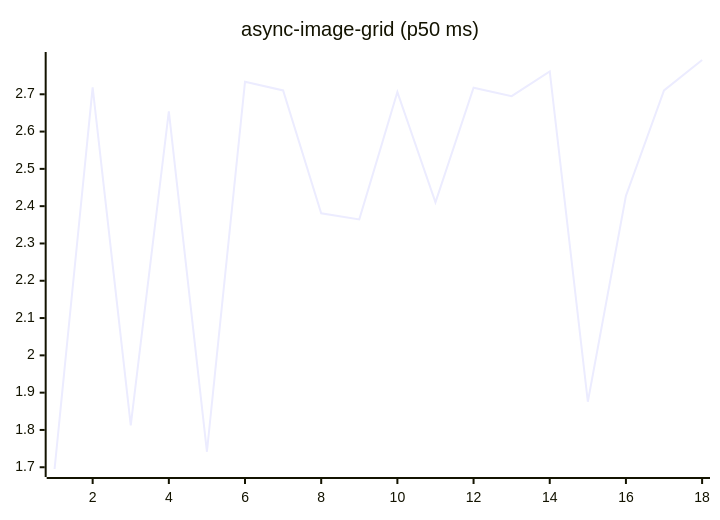
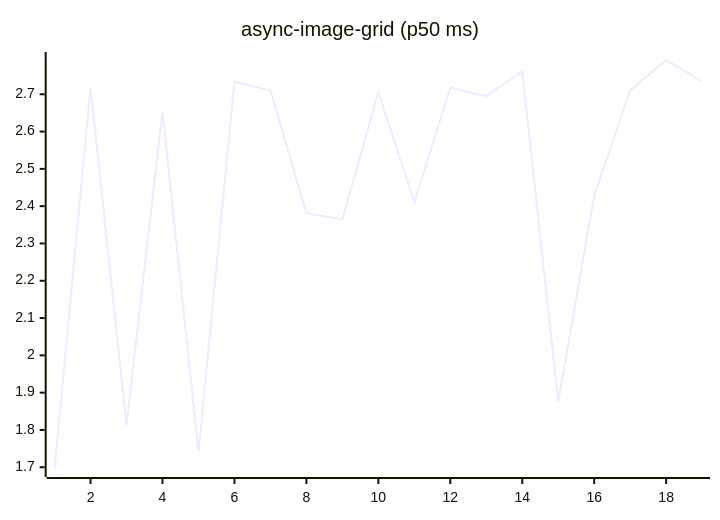
The fifth of 27 diagrams in README.md (josha/Facet), drawn with Mermaid before and after one commit. The commit also changed other lines of this file and 2 other files, not shown here.

````diff
--- a/README.md
+++ b/README.md
@@ -91,6 +91,6 @@
 ```mermaid
 xychart-beta
     title "async-image-grid (p50 ms)"
-    x-axis 1 --> 18
-    line [1.6953, 2.7184, 1.8124, 2.6543, 1.7415, 2.7336, 2.7103, 2.3810, 2.3646, 2.7059, 2.4103, 2.7175, 2.6949, 2.7614, 1.8756, 2.4277, 2.7103, 2.7919]
+    x-axis 1 --> 19
+    line [1.6953, 2.7184, 1.8124, 2.6543, 1.7415, 2.7336, 2.7103, 2.3810, 2.3646, 2.7059, 2.4103, 2.7175, 2.6949, 2.7614, 1.8756, 2.4277, 2.7103, 2.7919, 2.7346]
 ```
````
